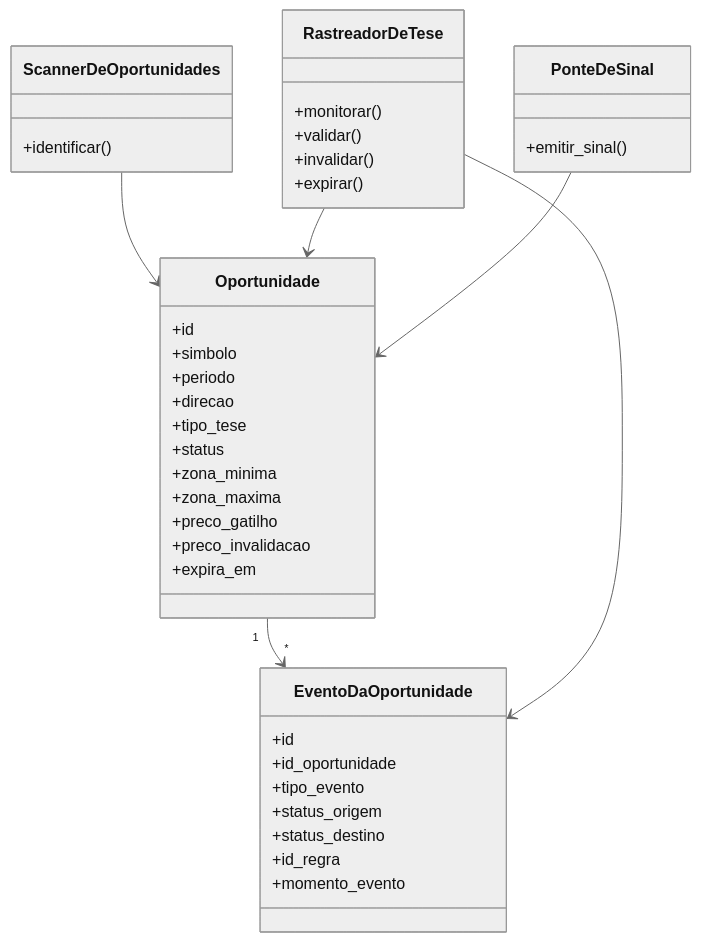
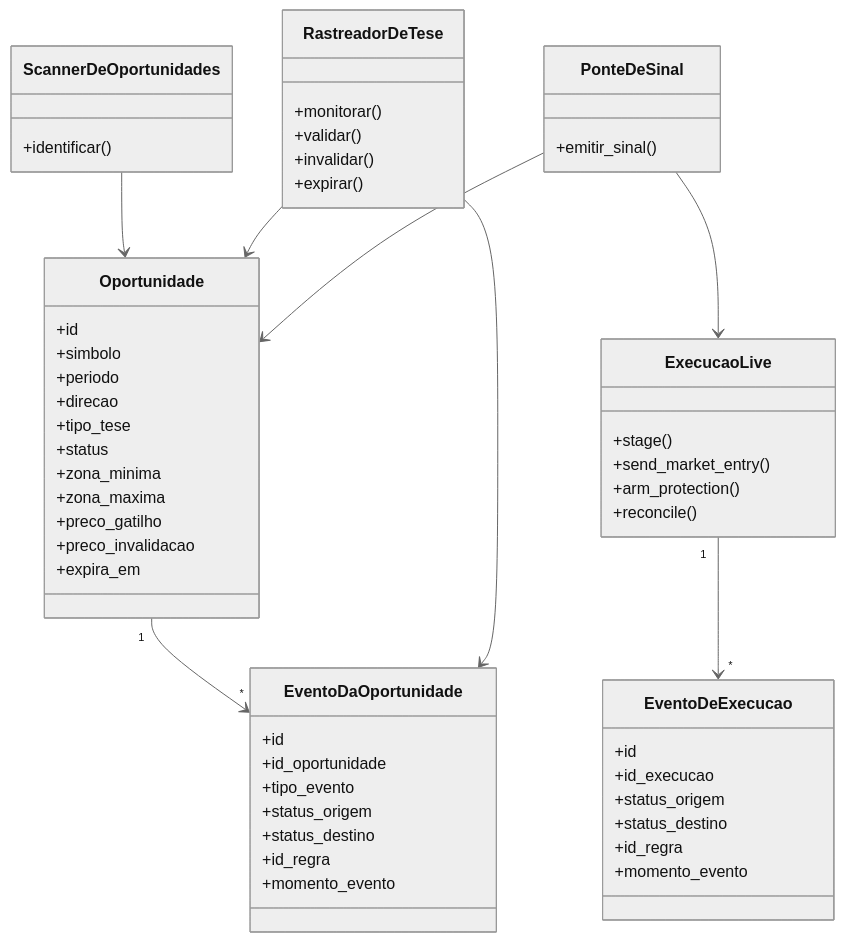
One commit to jadergreiner/crypto-futures-agent changed the second of 5 diagrams in docs/DIAGRAMAS.md. Above: the diagram before and after it, drawn with Mermaid (neutral theme). The commit also changed other lines of this file and 51 other files, not shown here.

````diff
--- a/docs/DIAGRAMAS.md
+++ b/docs/DIAGRAMAS.md
@@ -22,47 +40,65 @@
 ```mermaid
 classDiagram
     class Oportunidade {
       +id
       +simbolo
       +periodo
       +direcao
       +tipo_tese
       +status
       +zona_minima
       +zona_maxima
       +preco_gatilho
       +preco_invalidacao
       +expira_em
     }
 
     class EventoDaOportunidade {
       +id
       +id_oportunidade
       +tipo_evento
       +status_origem
       +status_destino
       +id_regra
       +momento_evento
     }
 
     class ScannerDeOportunidades {
       +identificar()
     }
 
     class RastreadorDeTese {
       +monitorar()
       +validar()
       +invalidar()
       +expirar()
     }
 
     class PonteDeSinal {
       +emitir_sinal()
     }
 
+    class ExecucaoLive {
+      +stage()
+      +send_market_entry()
+      +arm_protection()
+      +reconcile()
+    }
+
+    class EventoDeExecucao {
+      +id
+      +id_execucao
+      +status_origem
+      +status_destino
+      +id_regra
+      +momento_evento
+    }
+
     Oportunidade "1" --> "*" EventoDaOportunidade
     ScannerDeOportunidades --> Oportunidade
     RastreadorDeTese --> Oportunidade
     RastreadorDeTese --> EventoDaOportunidade
     PonteDeSinal --> Oportunidade
+    PonteDeSinal --> ExecucaoLive
+    ExecucaoLive "1" --> "*" EventoDeExecucao
 ```
````
